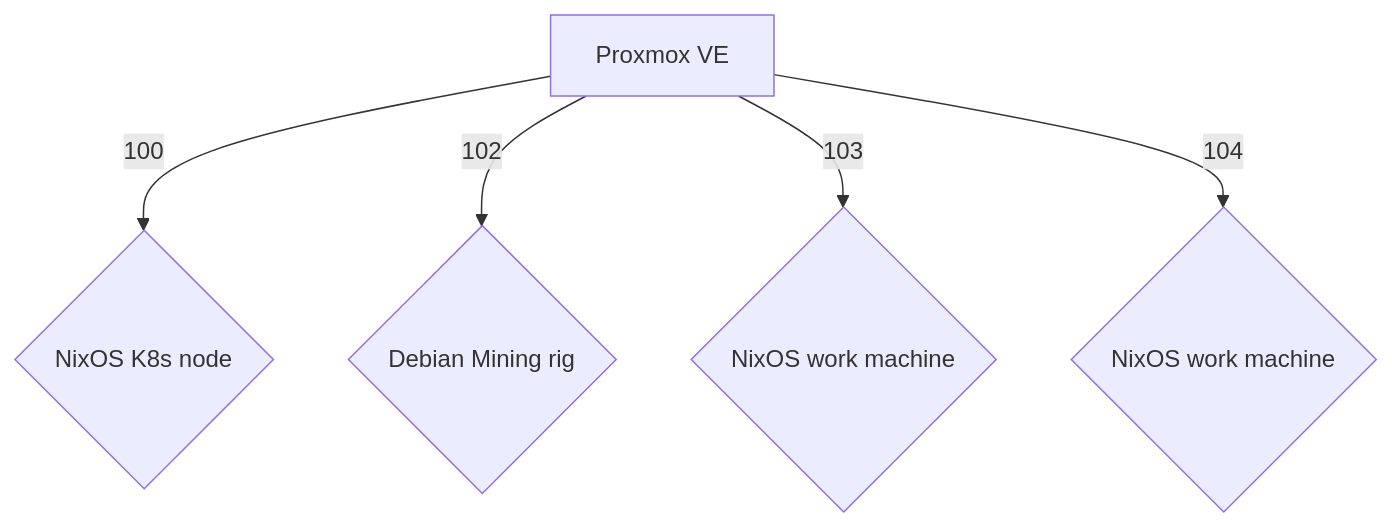
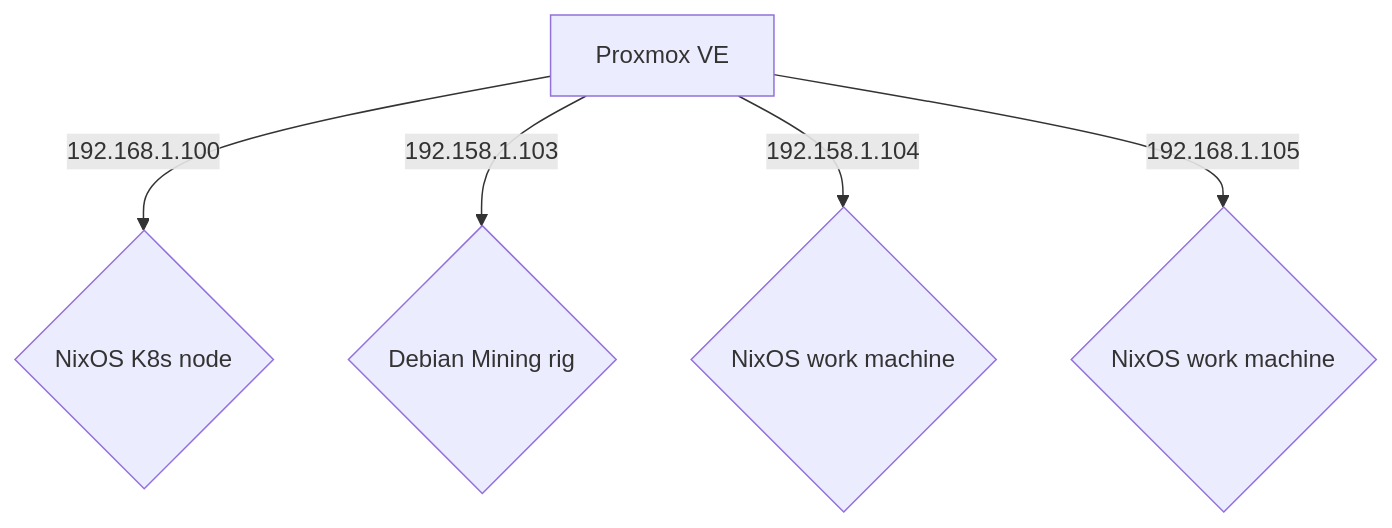
One commit to portothree/dotfiles changed the diagram in homelab/README.md. Above: the diagram before and after it, drawn with Mermaid.

````diff
--- a/homelab/README.md
+++ b/homelab/README.md
@@ -3,7 +3,7 @@
 ```mermaid
 flowchart TD
-	A[Proxmox VE] -->|100| B{NixOS K8s node};
-	A -->|102| C{Debian Mining rig};
-	A -->|103| D{NixOS work machine};
-	A -->|104| E{NixOS work machine};
+	A[Proxmox VE] -->|192.168.1.100| 100{NixOS K8s node};
+	A -->|192.158.1.103| 102{Debian Mining rig};
+	A -->|192.158.1.104| 103{NixOS work machine};
+	A -->|192.168.1.105| 104{NixOS work machine};
 ```
````
